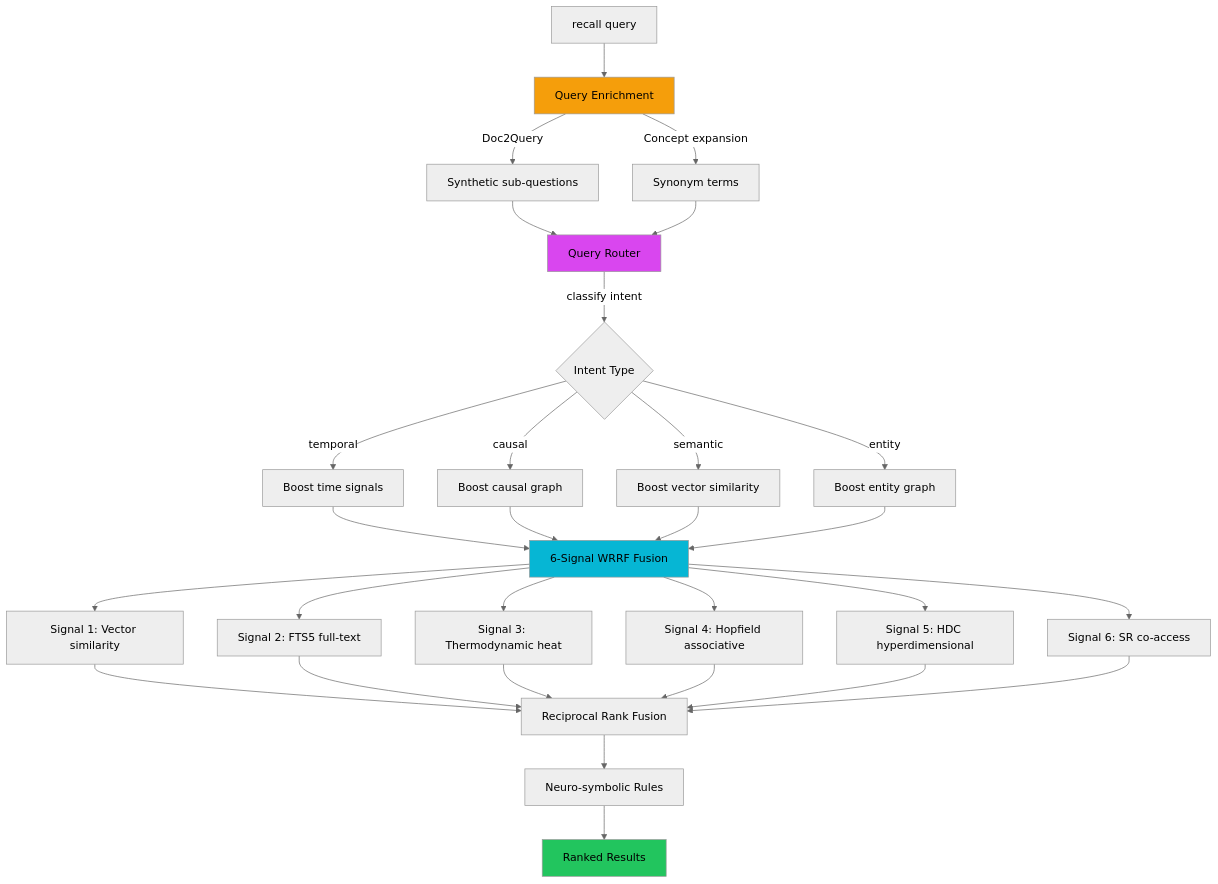
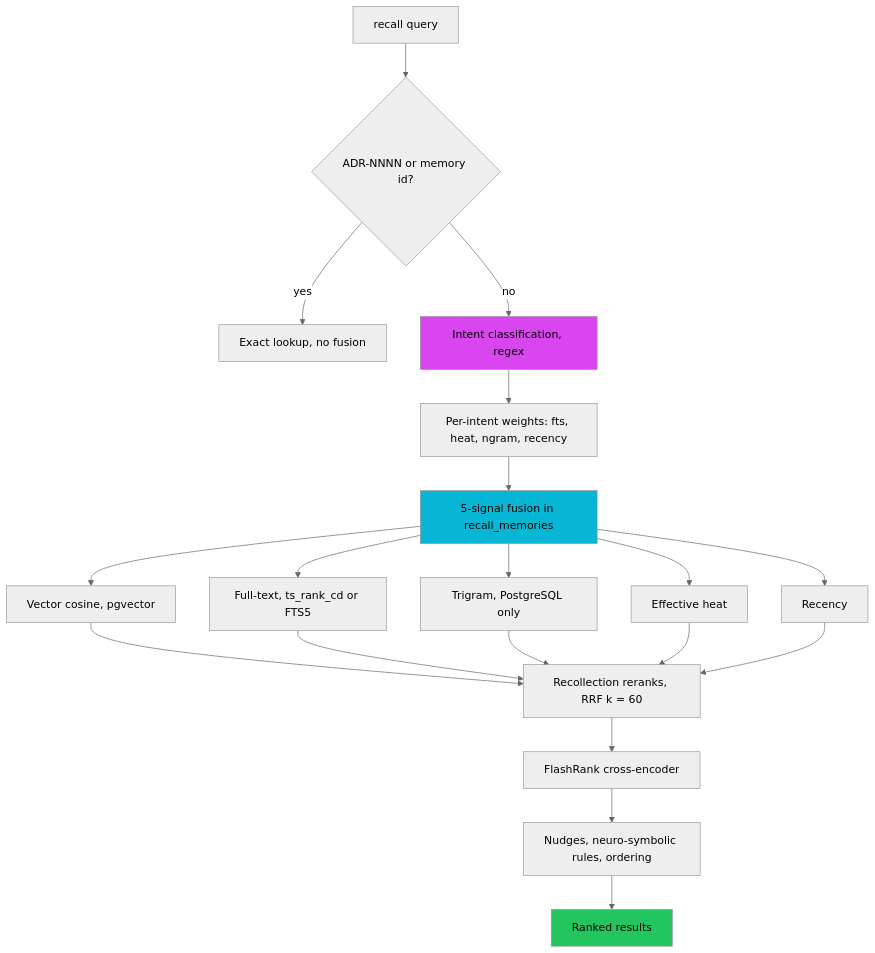
The second of 6 diagrams in docs/data-flow.md (cdeust/Cortex), drawn with Mermaid (neutral theme) before and after one commit. The commit also changed other lines of this file and 9 other files, not shown here.

````diff
--- a/docs/data-flow.md
+++ b/docs/data-flow.md
@@ -58,27 +59,21 @@
 ```mermaid
 flowchart TD
-    Q[recall query] --> QE[Query Enrichment]
-    QE -->|Doc2Query| QE1[Synthetic sub-questions]
-    QE -->|Concept expansion| QE2[Synonym terms]
-    QE1 & QE2 --> R[Query Router]
-    R -->|classify intent| S{Intent Type}
-    S -->|temporal| W1[Boost time signals]
-    S -->|causal| W2[Boost causal graph]
-    S -->|semantic| W3[Boost vector similarity]
-    S -->|entity| W4[Boost entity graph]
-    W1 & W2 & W3 & W4 --> F[6-Signal WRRF Fusion]
-    F --> F1[Signal 1: Vector similarity]
-    F --> F2[Signal 2: FTS5 full-text]
-    F --> F3[Signal 3: Thermodynamic heat]
-    F --> F4[Signal 4: Hopfield associative]
-    F --> F5[Signal 5: HDC hyperdimensional]
-    F --> F6[Signal 6: SR co-access]
-    F1 & F2 & F3 & F4 & F5 & F6 --> RR[Reciprocal Rank Fusion]
-    RR --> MR[Neuro-symbolic Rules]
-    MR --> RES[Ranked Results]
+    Q[recall query] --> X{ADR-NNNN or memory id?}
+    X -->|yes| EX[Exact lookup, no fusion]
+    X -->|no| I[Intent classification, regex]
+    I --> W[Per-intent weights: fts, heat, ngram, recency]
+    W --> F[5-signal fusion in recall_memories]
+    F --> F1[Vector cosine, pgvector]
+    F --> F2[Full-text, ts_rank_cd or FTS5]
+    F --> F3[Trigram, PostgreSQL only]
+    F --> F4[Effective heat]
+    F --> F5[Recency]
+    F1 & F2 & F3 & F4 & F5 --> RC[Recollection reranks, RRF k = 60]
+    RC --> CE[FlashRank cross-encoder]
+    CE --> MR[Nudges, neuro-symbolic rules, ordering]
+    MR --> RES[Ranked results]
 
-    style R fill:#d946ef,color:#000
+    style I fill:#d946ef,color:#000
     style F fill:#06b6d4,color:#000
     style RES fill:#22c55e,color:#000
-    style QE fill:#f59e0b,color:#000
 ```
````
